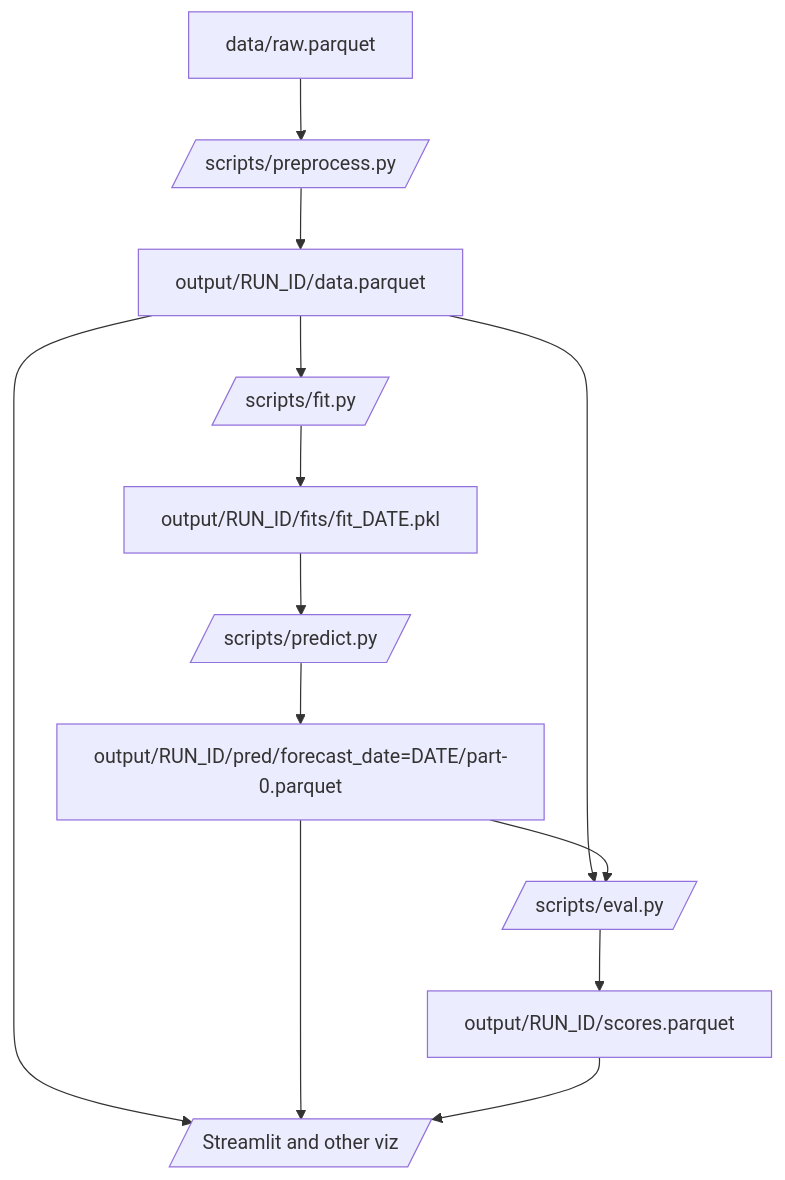
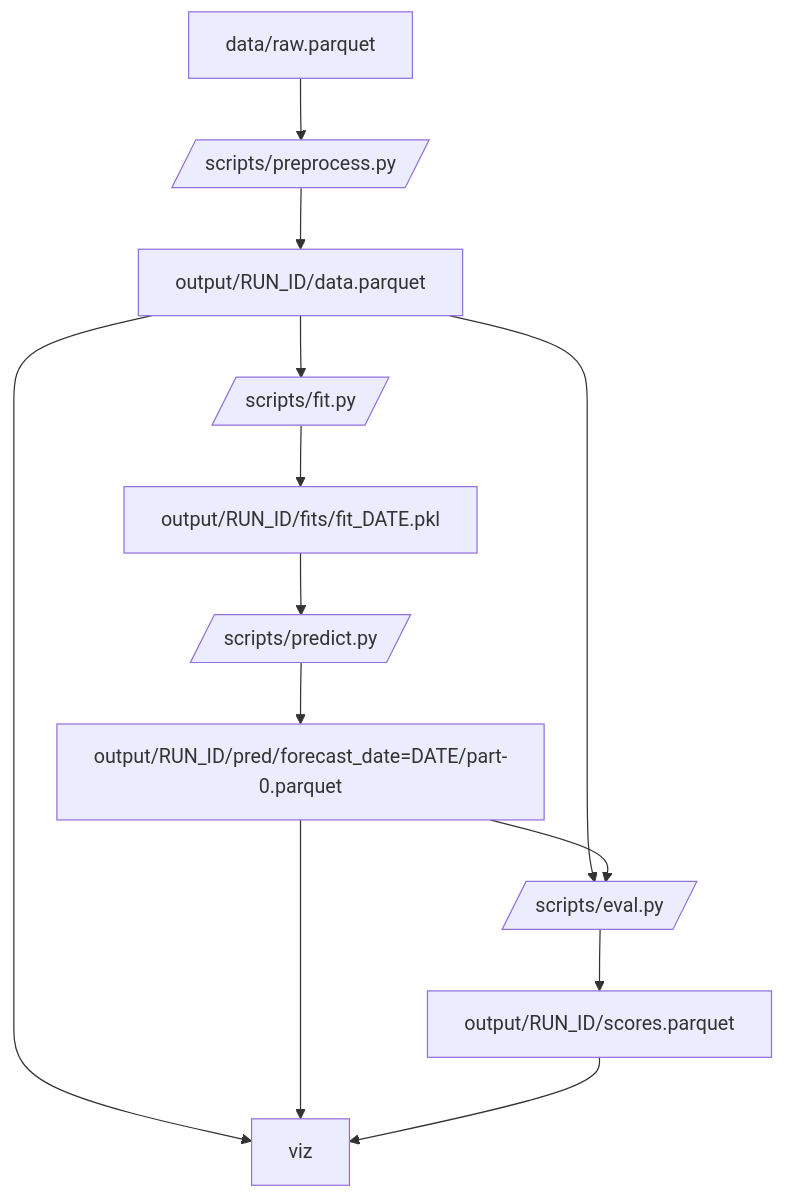
One commit to CDCgov/cfa-immunization-uptake-projection changed the diagram in README.md. Above: the diagram before and after it, drawn with Mermaid. The commit also changed other lines of this file and 4 other files, not shown here.

````diff
--- a/README.md
+++ b/README.md
@@ -40,21 +40,20 @@
 ```mermaid
 flowchart TB;
 
 data[output/RUN_ID/data.parquet];
 pred[output/RUN_ID/pred/forecast_date=DATE/part-0.parquet];
 scores[output/RUN_ID/scores.parquet];
 preprocess[/scripts/preprocess.py/];
 fit[/scripts/fit.py/];
 predict[/scripts/predict.py/];
 eval[/scripts/eval.py/];
-viz[/Streamlit and other viz/];
 
 data/raw.parquet --> preprocess --> data --> fit --> output/RUN_ID/fits/fit_DATE.pkl --> predict --> pred;
 
 data --> eval;
 pred--> eval -->scores;
 
 data --> viz;
 pred --> viz;
 scores --> viz;
 ```
````
